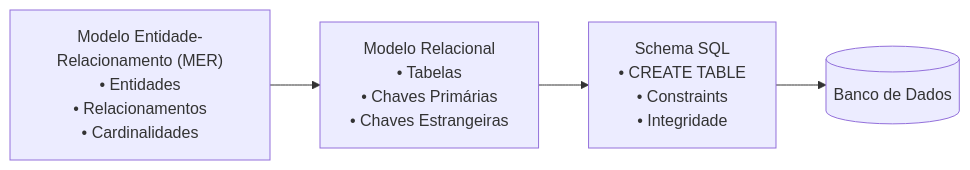
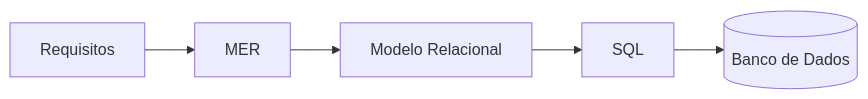
Before and after one commit to ivnavalenca/rifa-digital: the second of 2 diagrams in docs/architecture/data/data-model-evolution.md, drawn with Mermaid. The commit also changed other lines of this file, not shown here.

````diff
--- a/docs/architecture/data/data-model-evolution.md
+++ b/docs/architecture/data/data-model-evolution.md
@@ -19,24 +146,14 @@
-```mermaid
+``` mermaid
 flowchart LR
 
-MER["Modelo Entidade-Relacionamento (MER)
-• Entidades
-• Relacionamentos
-• Cardinalidades"]
-
-REL["Modelo Relacional
-• Tabelas
-• Chaves Primárias
-• Chaves Estrangeiras"]
-
-SQL["Schema SQL
-• CREATE TABLE
-• Constraints
-• Integridade"]
-
+REQ[Requisitos]
+MER[MER]
+REL[Modelo Relacional]
+SQL[SQL]
 DB[(Banco de Dados)]
 
+REQ --> MER
 MER --> REL
 REL --> SQL
 SQL --> DB
 ```
````
